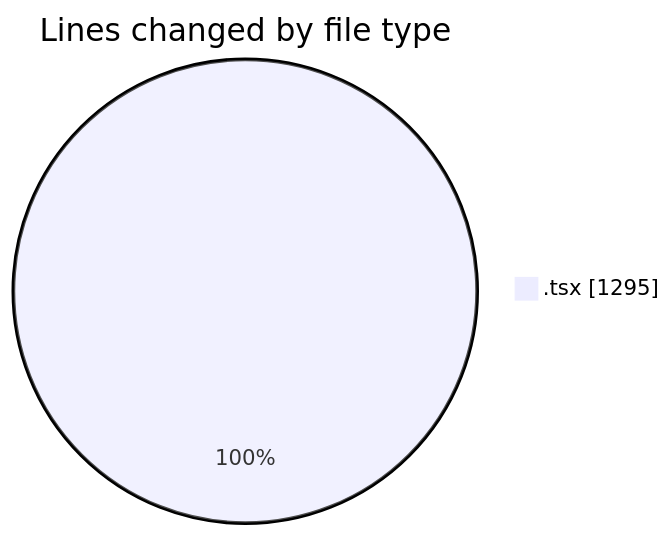
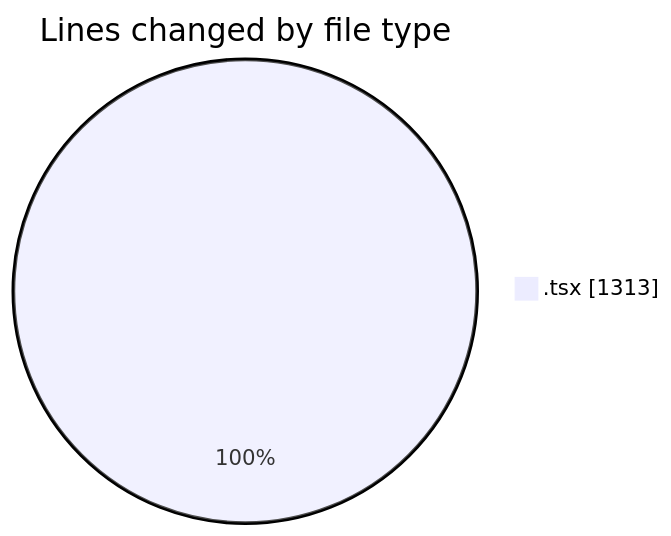
The first of 2 diagrams in 2025-09-30/cda/README.md (momahboobian/code-tracking), drawn with Mermaid before and after one commit. The commit also changed other lines of this file and 1 other file, not shown here.

````diff
--- a/2025-09-30/cda/README.md
+++ b/2025-09-30/cda/README.md
@@ -21,5 +21,5 @@
 ```mermaid
 pie showData
 title Lines changed by file type
-".tsx" : 1295
+".tsx" : 1313
 ```
````
